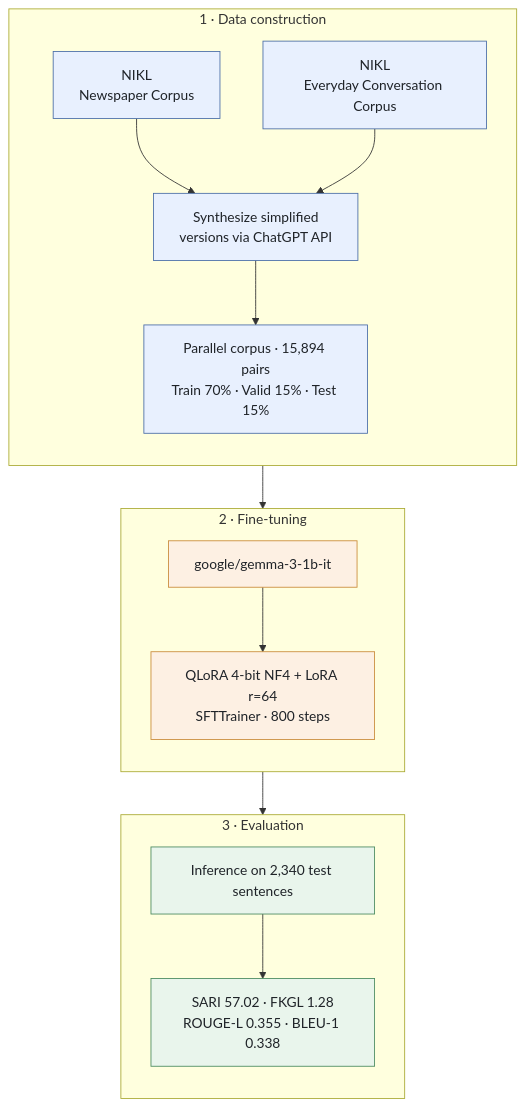
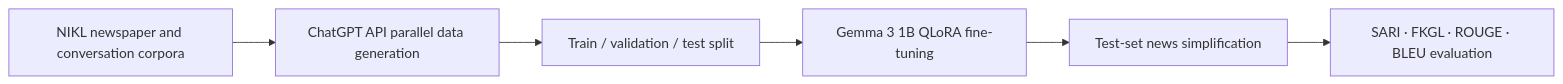
Before and after one commit to han942/ai-ds-projects: the diagram in projects/NLP_Newspaper_CUAI/README.md, drawn with Mermaid. The commit also changed 1 other file, not shown here.

Commit message:
Refactor architecture diagrams in README files for clarity and consistency

````diff
--- a/projects/NLP_Newspaper_CUAI/README.md
+++ b/projects/NLP_Newspaper_CUAI/README.md
@@ -13,29 +13,8 @@
 ```mermaid
-flowchart TB
-    subgraph S1["1 · Data construction"]
-        direction TB
-        A["NIKL<br/>Newspaper Corpus"] --> C
-        B["NIKL<br/>Everyday Conversation Corpus"] --> C
-        C["Synthesize simplified<br/>versions via ChatGPT API"] --> D["Parallel corpus · 15,894 pairs<br/>Train 70% · Valid 15% · Test 15%"]
-    end
-
-    subgraph S2["2 · Fine-tuning"]
-        direction TB
-        E["google/gemma-3-1b-it"] --> F["QLoRA 4-bit NF4 + LoRA r=64<br/>SFTTrainer · 800 steps"]
-    end
-
-    subgraph S3["3 · Evaluation"]
-        direction TB
-        G["Inference on 2,340 test sentences"] --> H["SARI 57.02 · FKGL 1.28<br/>ROUGE-L 0.355 · BLEU-1 0.338"]
-    end
-
-    D --> F
-    F --> G
-
-    classDef data fill:#e8f0fe,stroke:#4a6da7,color:#1f2328
-    classDef train fill:#fdf0e3,stroke:#c98b3a,color:#1f2328
-    classDef eval fill:#e9f5ec,stroke:#4a8a5f,color:#1f2328
-    class A,B,C,D data
-    class E,F train
-    class G,H eval
+flowchart LR
+    A["NIKL newspaper and conversation corpora"] --> B["ChatGPT API parallel data generation"]
+    B --> C["Train / validation / test split"]
+    C --> D["Gemma 3 1B QLoRA fine-tuning"]
+    D --> E["Test-set news simplification"]
+    E --> F["SARI · FKGL · ROUGE · BLEU evaluation"]
 ```
````
